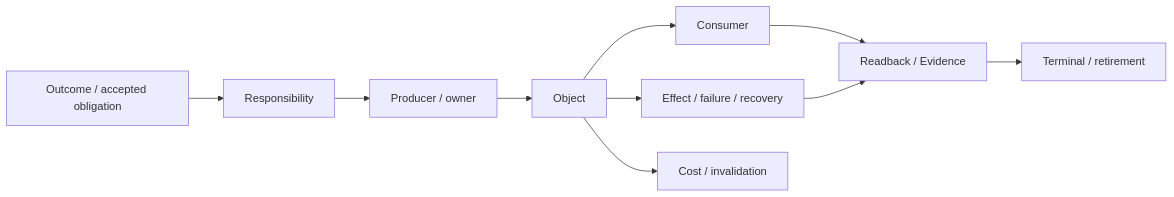
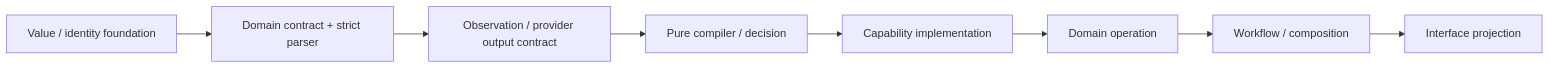
The fifth of 14 diagrams in docs/system-architecture.md (sec-platform/sec), drawn with Mermaid before and after one commit. The commit also changed other lines of this file and 14 other files, not shown here.

````diff
--- a/docs/system-architecture.md
+++ b/docs/system-architecture.md
@@ -95,12 +315,10 @@
 ```mermaid
 flowchart LR
-  O[Outcome / accepted obligation] --> R[Responsibility]
-  R --> P[Producer / owner]
-  P --> X[Object]
-  X --> C[Consumer]
-  X --> E[Effect / failure / recovery]
-  X --> K[Cost / invalidation]
-  C --> V[Readback / Evidence]
-  E --> V
-  V --> T[Terminal / retirement]
+  F[Value / identity foundation] --> C[Domain contract + strict parser]
+  C --> O[Observation / provider output contract]
+  O --> P[Pure compiler / decision]
+  P --> K[Capability implementation]
+  K --> D[Domain operation]
+  D --> W[Workflow / composition]
+  W --> I[Interface projection]
 ```
````
